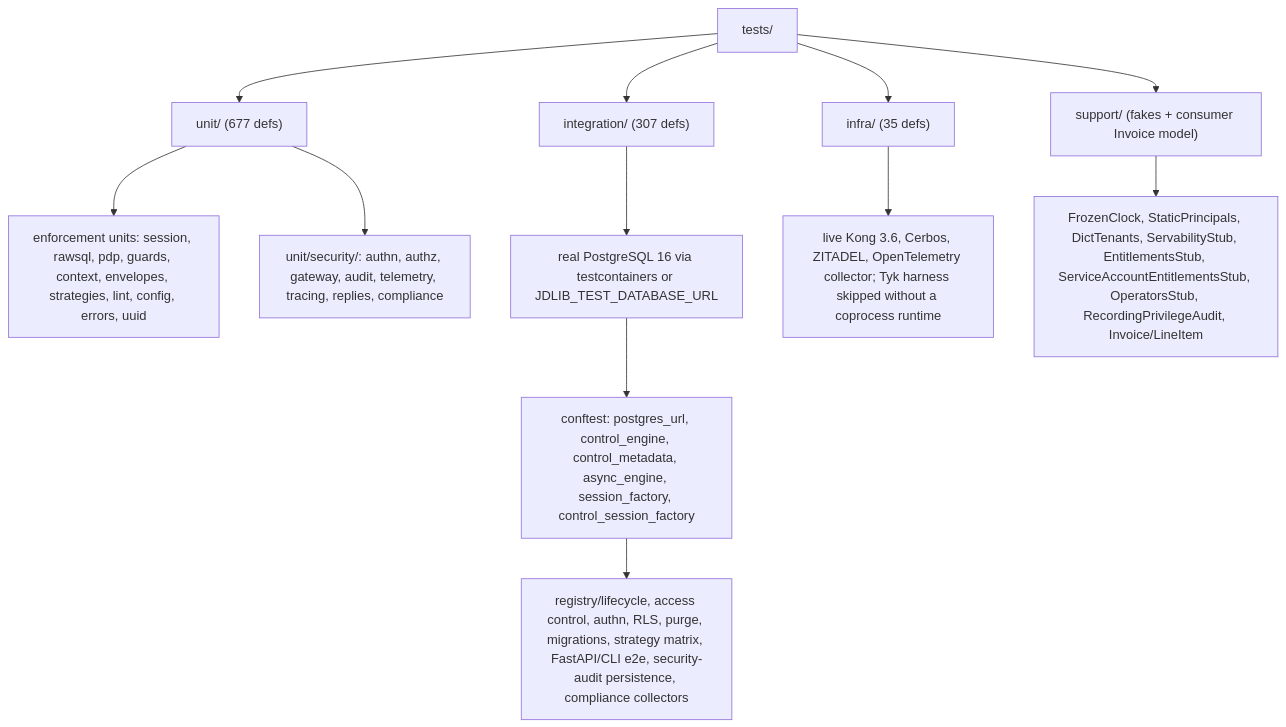
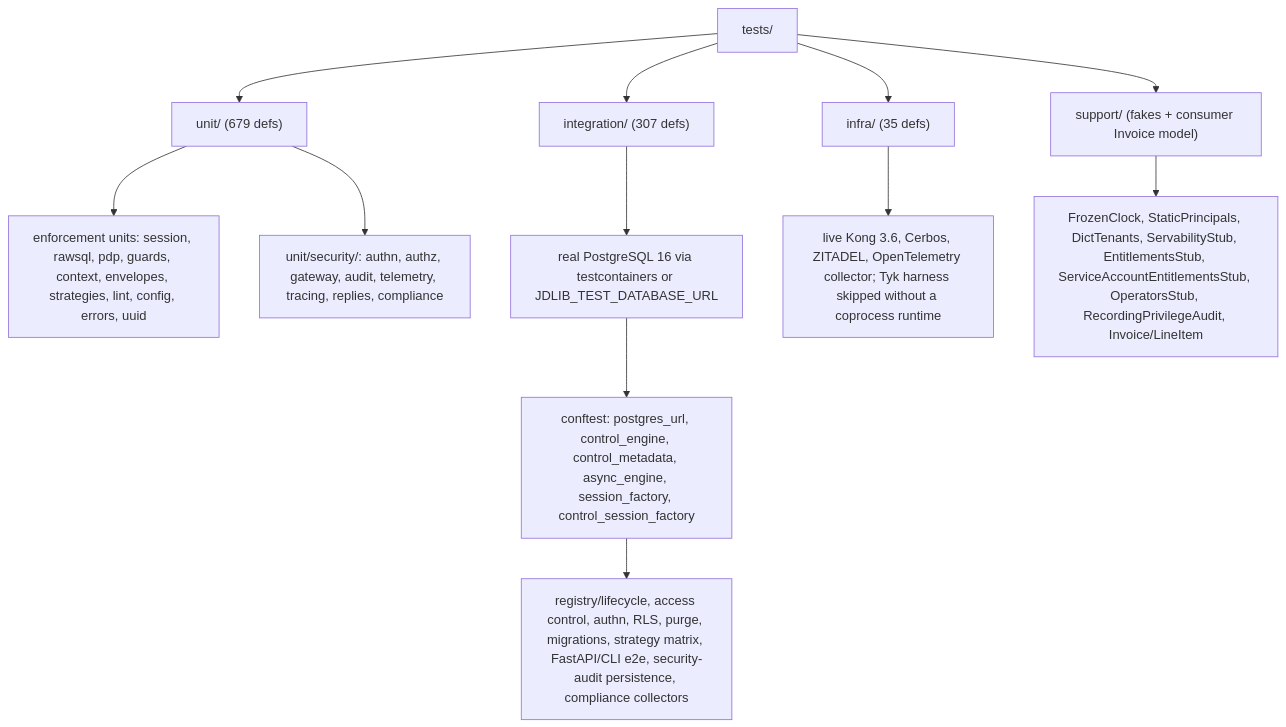
Before and after one commit to Abdul-Jaweed/jdlib: diagram 19 of 27 in JDLib-Architecture.md, drawn with Mermaid. The commit also changed other lines of this file and 2 other files, not shown here.

````diff
--- a/JDLib-Architecture.md
+++ b/JDLib-Architecture.md
@@ -4036,15 +4038,15 @@
 ```mermaid
 graph TB
-    TS["tests/"] --> U["unit/ (677 defs)"]
+    TS["tests/"] --> U["unit/ (679 defs)"]
     TS --> I["integration/ (307 defs)"]
     TS --> N["infra/ (35 defs)"]
     TS --> S["support/ (fakes + consumer Invoice model)"]
 
     U --> U1["enforcement units: session, rawsql, pdp, guards, context, envelopes, strategies, lint, config, errors, uuid"]
     U --> U2["unit/security/: authn, authz, gateway, audit, telemetry, tracing, replies, compliance"]
     I --> I1["real PostgreSQL 16 via testcontainers or JDLIB_TEST_DATABASE_URL"]
     I1 --> I2["conftest: postgres_url, control_engine, control_metadata, async_engine, session_factory, control_session_factory"]
     I2 --> I3["registry/lifecycle, access control, authn, RLS, purge, migrations, strategy matrix, FastAPI/CLI e2e, security-audit persistence, compliance collectors"]
     N --> N1["live Kong 3.6, Cerbos, ZITADEL, OpenTelemetry collector; Tyk harness skipped without a coprocess runtime"]
     S --> S1["FrozenClock, StaticPrincipals, DictTenants, ServabilityStub, EntitlementsStub, ServiceAccountEntitlementsStub, OperatorsStub, RecordingPrivilegeAudit, Invoice/LineItem"]
 ```
````
